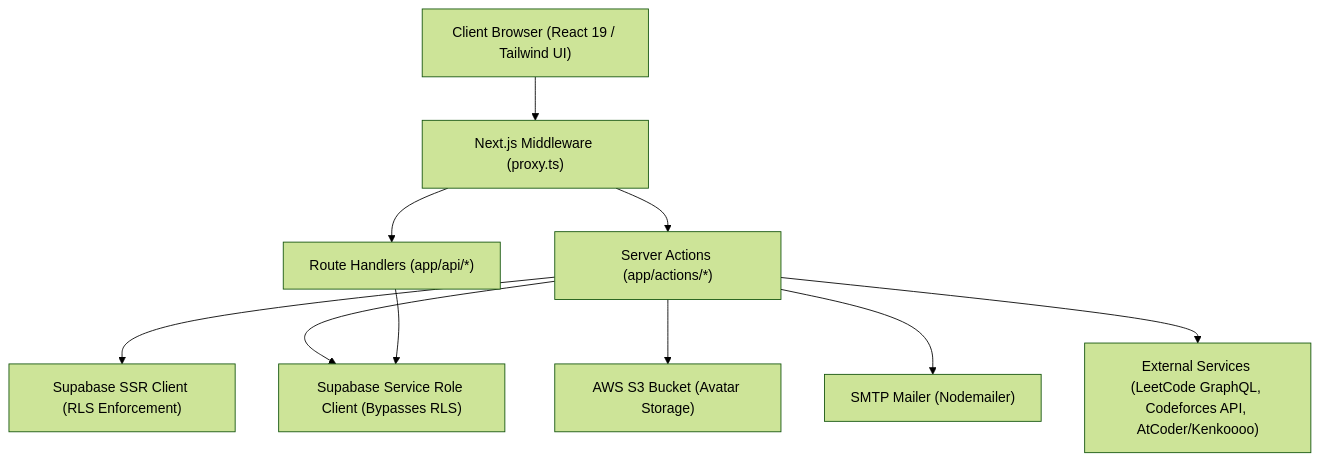
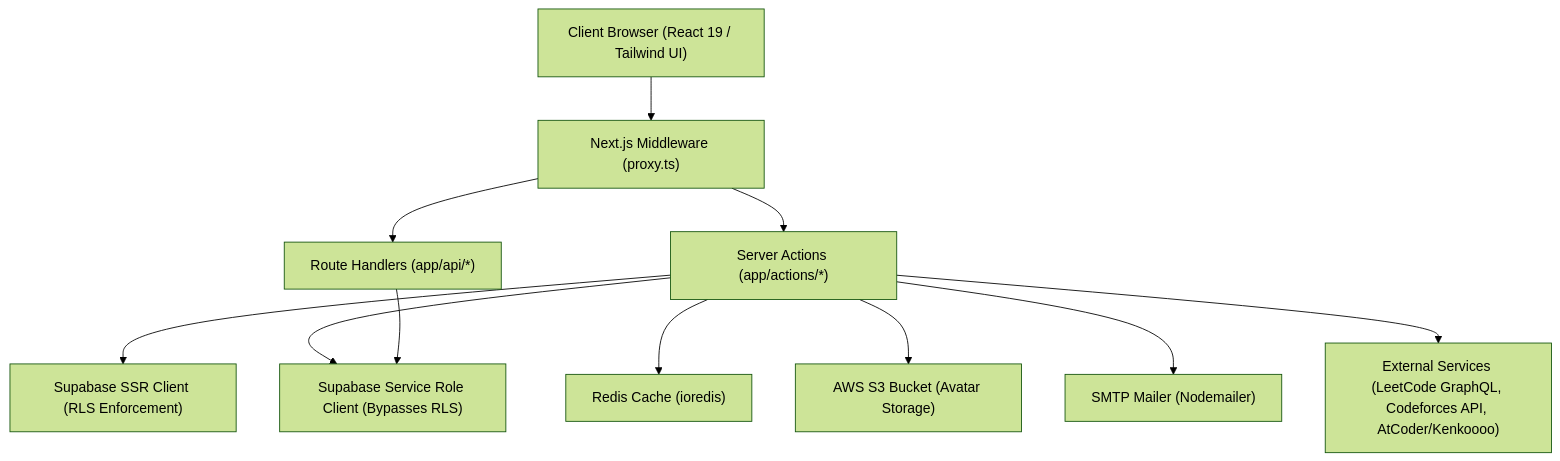
Before and after one commit to abdul8704/dsa-mentor: the first of 3 diagrams in ARCHITECTURE.md, drawn with Mermaid (forest theme). The commit also changed other lines of this file, not shown here.

Commit message:
docs: update system architecture documentation for Redis caching

````diff
--- a/ARCHITECTURE.md
+++ b/ARCHITECTURE.md
@@ -28,22 +29,24 @@
 ```mermaid
 flowchart TD
     Client["Client Browser (React 19 / Tailwind UI)"]
     MW["Next.js Middleware (proxy.ts)"]
     SA["Server Actions (app/actions/*)"]
     RH["Route Handlers (app/api/*)"]
     SupaAnon["Supabase SSR Client (RLS Enforcement)"]
     SupaAdmin["Supabase Service Role Client (Bypasses RLS)"]
+    Redis["Redis Cache (ioredis)"]
     S3["AWS S3 Bucket (Avatar Storage)"]
     SMTP["SMTP Mailer (Nodemailer)"]
     ExtAPI["External Services (LeetCode GraphQL, Codeforces API, AtCoder/Kenkoooo)"]
 
     Client --> MW
     MW --> SA
     MW --> RH
     SA --> SupaAnon
     SA --> SupaAdmin
+    SA --> Redis
     SA --> S3
     SA --> SMTP
     SA --> ExtAPI
     RH --> SupaAdmin
 ```
````
